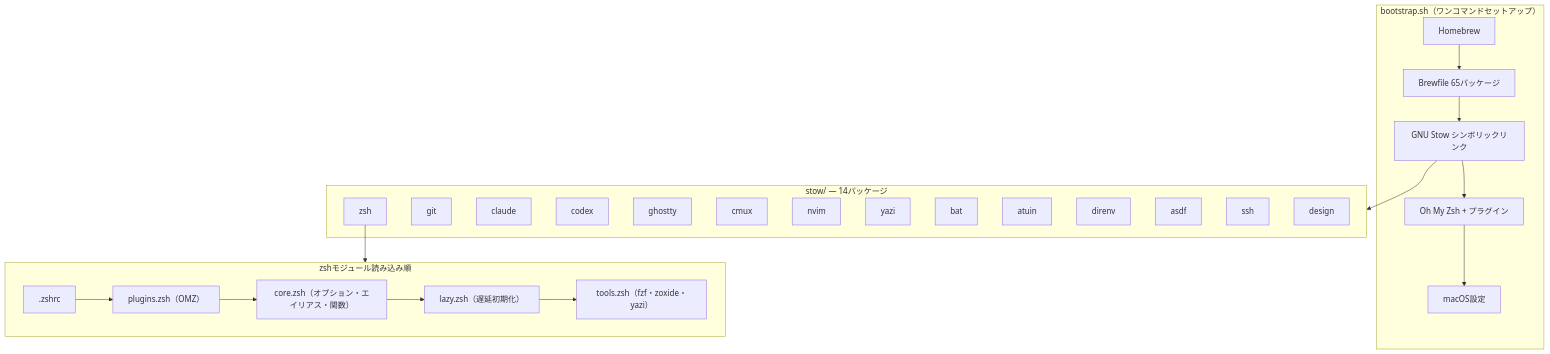
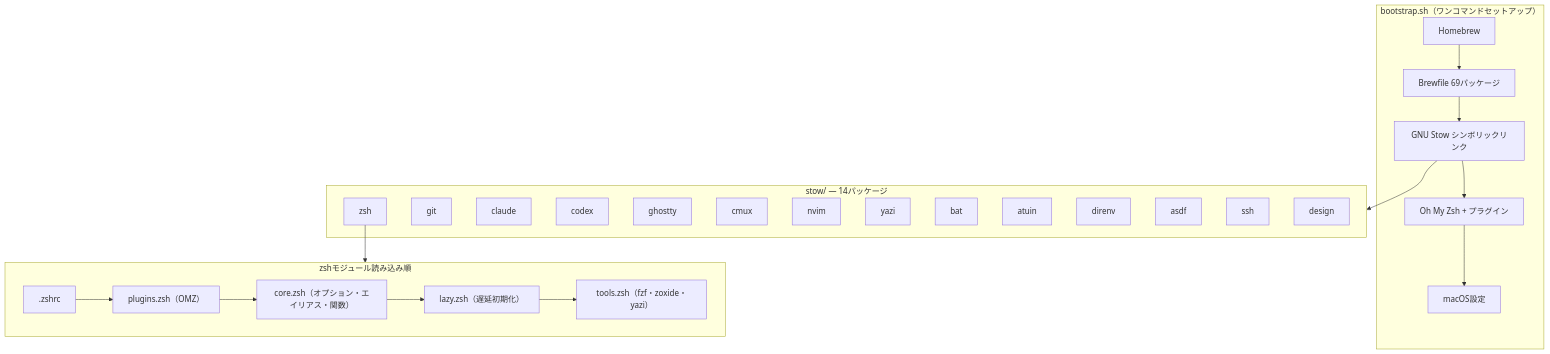
One commit to otake-shol/dotfiles changed the diagram in README.md. Above: the diagram before and after it, drawn with Mermaid. The commit also changed 1 other file, not shown here.

Commit message:
chore(brew): OVSのスライド・図解用フォントを追加
Zen Maru Gothic・Noto Sans JP・Plus Jakarta Sans・Space Mono を追加し、
tokens.json の指定どおりに描画されるようにする。README のパッケージ件数を同期。

Claude-Session: https://claude.ai/code/session_011bqhZ8yoWL3AAZj3Cv1HfY

````diff
--- a/README.md
+++ b/README.md
@@ -110,37 +110,37 @@
 ```mermaid
 graph TB
     subgraph bootstrap["bootstrap.sh（ワンコマンドセットアップ）"]
         B1[Homebrew]
-        B1 --> B2[Brewfile 65パッケージ]
+        B1 --> B2[Brewfile 69パッケージ]
         B2 --> B3[GNU Stow シンボリックリンク]
         B3 --> B4[Oh My Zsh + プラグイン]
         B4 --> B5[macOS設定]
     end
 
     subgraph stow["stow/ — 14パッケージ"]
         S1[zsh]
         S2[git]
         S3[claude]
         S4[codex]
         S5[ghostty]
         S6[cmux]
         S7[nvim]
         S8[yazi]
         S9[bat]
         S10[atuin]
         S11[direnv]
         S12[asdf]
         S13[ssh]
         S14[design]
     end
 
     subgraph shell["zshモジュール読み込み順"]
         Z1[".zshrc"] --> Z2["plugins.zsh（OMZ）"]
         Z2 --> Z3["core.zsh（オプション・エイリアス・関数）"]
         Z3 --> Z4["lazy.zsh（遅延初期化）"]
         Z4 --> Z5["tools.zsh（fzf・zoxide・yazi）"]
     end
 
     B3 --> stow
     S1 --> shell
 ```
````
